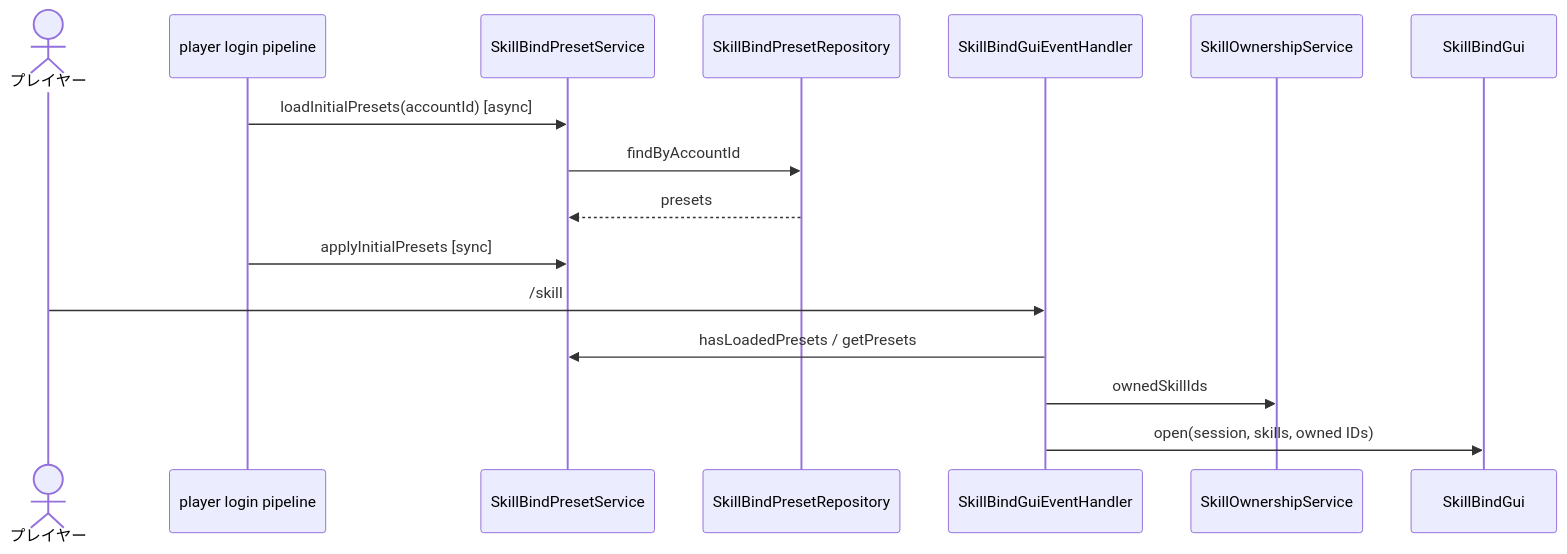
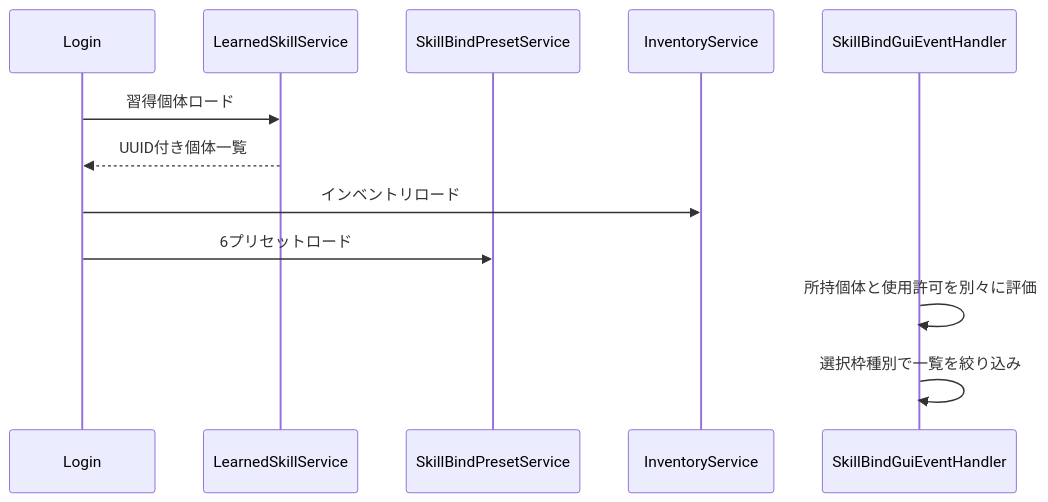
One commit to maaasu/AstralRecord-Workspace changed the first of 3 diagrams in 00_docs/10_Plugin設計書/feature/13-skill/4-統合フロー/13_4-スキルバインドGUI.md. Above: the diagram before and after it, drawn with Mermaid. The commit also changed other lines of this file and 215 other files, not shown here.

````diff
--- a/00_docs/10_Plugin設計書/feature/13-skill/4-統合フロー/13_4-スキルバインドGUI.md
+++ b/00_docs/10_Plugin設計書/feature/13-skill/4-統合フロー/13_4-スキルバインドGUI.md
@@ -7,19 +5,15 @@
 ```mermaid
 sequenceDiagram
-    actor Player as プレイヤー
-    participant Login as player login pipeline
+    participant Login
+    participant Learned as LearnedSkillService
     participant Preset as SkillBindPresetService
-    participant Repo as SkillBindPresetRepository
-    participant Event as SkillBindGuiEventHandler
-    participant Ownership as SkillOwnershipService
-    participant Gui as SkillBindGui
+    participant Inventory as InventoryService
+    participant GUI as SkillBindGuiEventHandler
 
-    Login->>Preset: loadInitialPresets(accountId) [async]
-    Preset->>Repo: findByAccountId
-    Repo-->>Preset: presets
-    Login->>Preset: applyInitialPresets [sync]
-    Player->>Event: /skill
-    Event->>Preset: hasLoadedPresets / getPresets
-    Event->>Ownership: ownedSkillIds
-    Event->>Gui: open(session, skills, owned IDs)
+    Login->>Learned: 習得個体ロード
+    Learned-->>Login: UUID付き個体一覧
+    Login->>Inventory: インベントリロード
+    Login->>Preset: 6プリセットロード
+    GUI->>GUI: 所持個体と使用許可を別々に評価
+    GUI->>GUI: 選択枠種別で一覧を絞り込み
 ```
````
